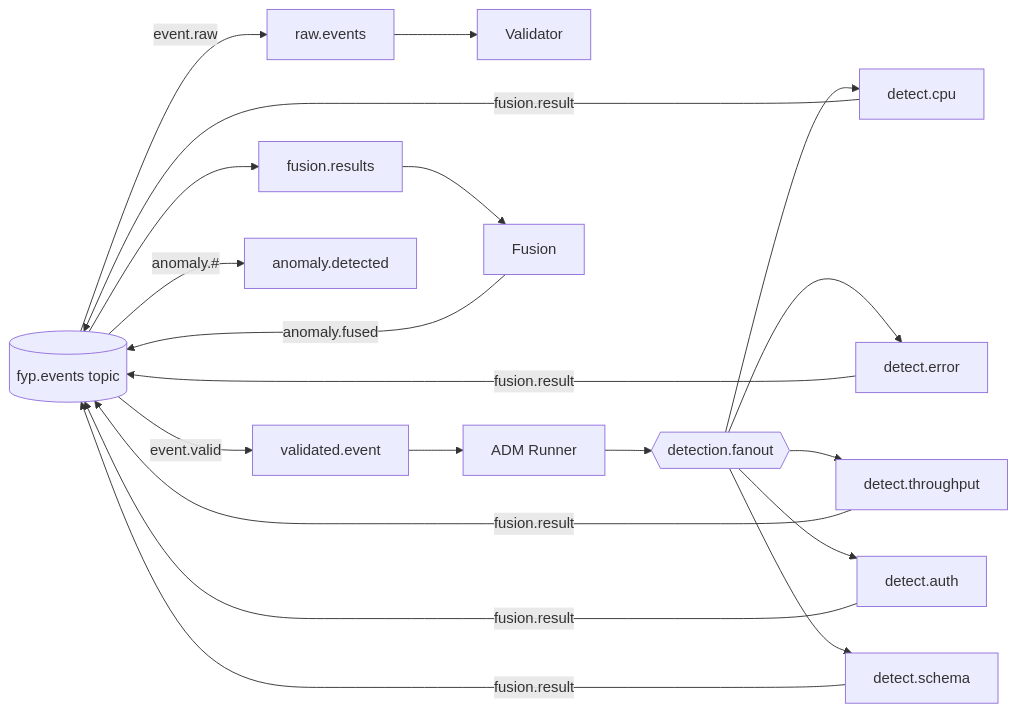
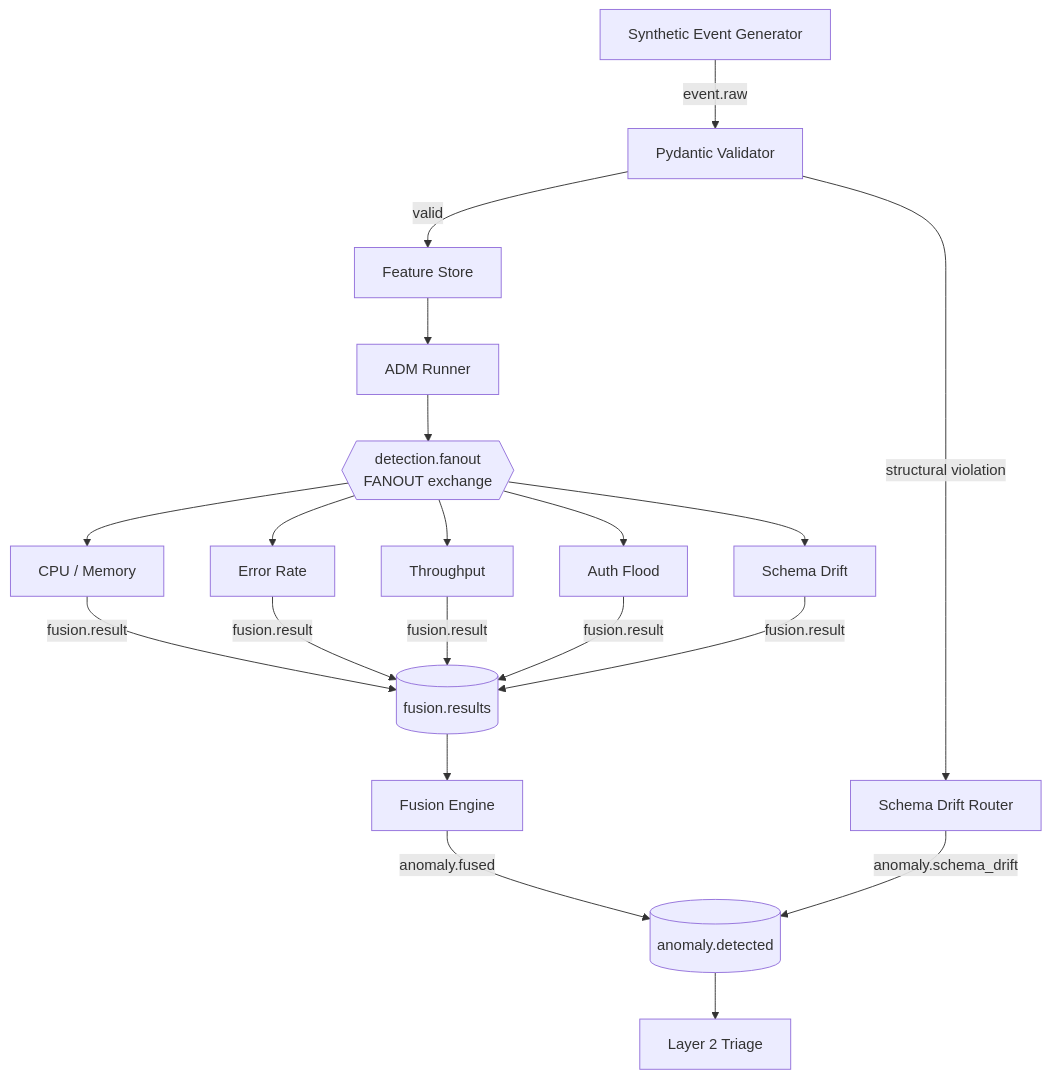
The first of 13 diagrams in layer1/docs/layer1_component_log.md (Spectre206/fyp-pipeline), drawn with Mermaid before and after one commit. The commit also changed other lines of this file and 19 other files, not shown here.

````diff
--- a/layer1/docs/layer1_component_log.md
+++ b/layer1/docs/layer1_component_log.md
@@ -98,18 +31,34 @@
 ```mermaid
-flowchart LR
-    E[(fyp.events topic)] -->|event.raw| RAW[raw.events]
-    RAW --> VAL[Validator]
-    E -->|event.valid| VALID[validated.event]
-    VALID --> ADM[ADM Runner]
-    ADM --> FAN{{detection.fanout}}
-    FAN --> CPU[detect.cpu]
-    FAN --> ERR[detect.error]
-    FAN --> THR[detect.throughput]
-    FAN --> AUTH[detect.auth]
-    FAN --> SCH[detect.schema]
-    CPU & ERR & THR & AUTH & SCH -->|fusion.result| E
-    E --> FQ[fusion.results]
-    FQ --> FUS[Fusion]
-    FUS -->|anomaly.fused| E
-    E -->|anomaly.#| AD[anomaly.detected]
+flowchart TB
+    SEG["Synthetic Event Generator"]
+    VAL["Pydantic Validator"]
+    ROUTER["Schema Drift Router"]
+    FS["Feature Store"]
+    ADM["ADM Runner"]
+    FAN{{detection.fanout<br/>FANOUT exchange}}
+    CPU["CPU / Memory"]
+    ERR["Error Rate"]
+    THR["Throughput"]
+    AUTH["Auth Flood"]
+    SCH["Schema Drift"]
+    FQ[("fusion.results")]
+    FUS["Fusion Engine"]
+    OUT[("anomaly.detected")]
+    L2["Layer 2 Triage"]
+
+    SEG -->|"event.raw"| VAL
+    VAL -->|"valid"| FS --> ADM --> FAN
+    FAN --> CPU
+    FAN --> ERR
+    FAN --> THR
+    FAN --> AUTH
+    FAN --> SCH
+    CPU -->|"fusion.result"| FQ
+    ERR -->|"fusion.result"| FQ
+    THR -->|"fusion.result"| FQ
+    AUTH -->|"fusion.result"| FQ
+    SCH -->|"fusion.result"| FQ
+    FQ --> FUS -->|"anomaly.fused"| OUT --> L2
+    VAL -->|"structural violation"| ROUTER
+    ROUTER -->|"anomaly.schema_drift"| OUT
 ```
````
